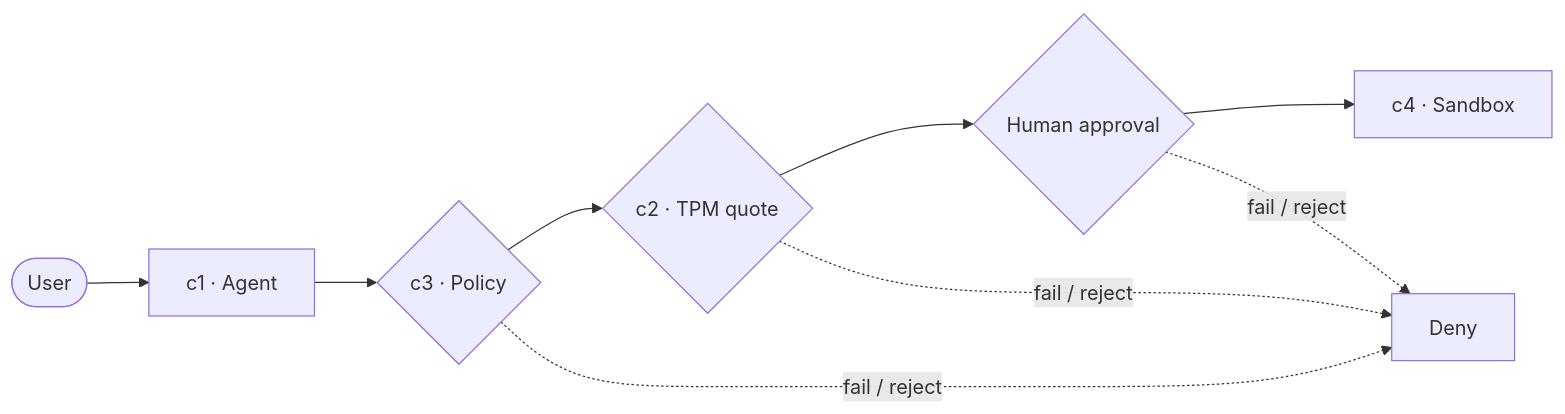
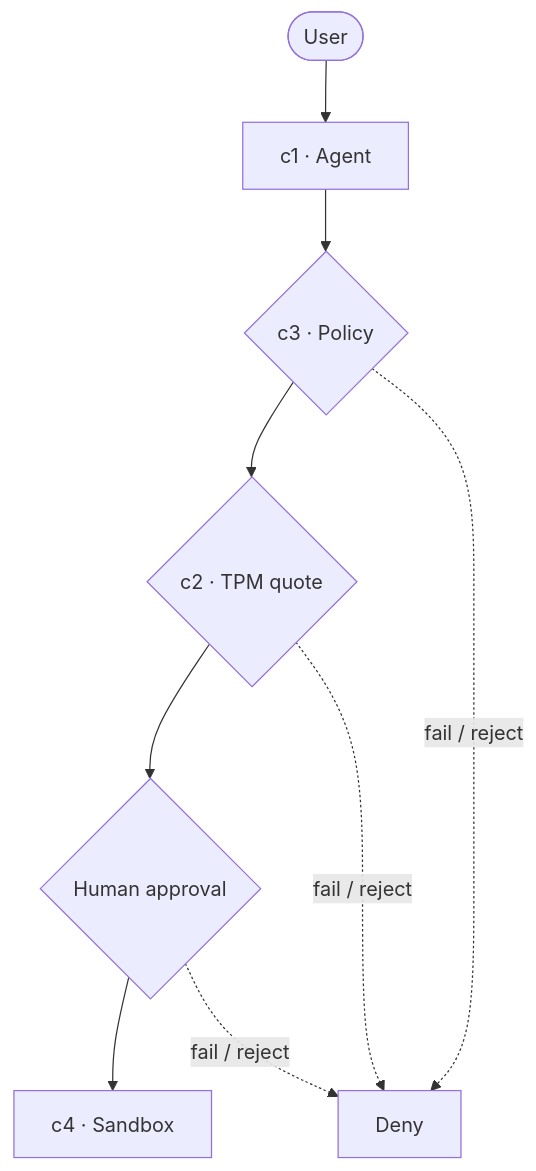
The diagram in README.md (SurendraS26/trustedge), drawn with Mermaid before and after one commit.

````diff
--- a/README.md
+++ b/README.md
@@ -66,5 +66,5 @@
 ```mermaid
-graph LR
+graph TD
     U([User]) --> A[c1 · Agent] --> P{c3 · Policy} --> T{c2 · TPM quote} --> H{Human approval} --> S[c4 · Sandbox]
     P & T & H -.->|fail / reject| D[Deny]
 ```
````
